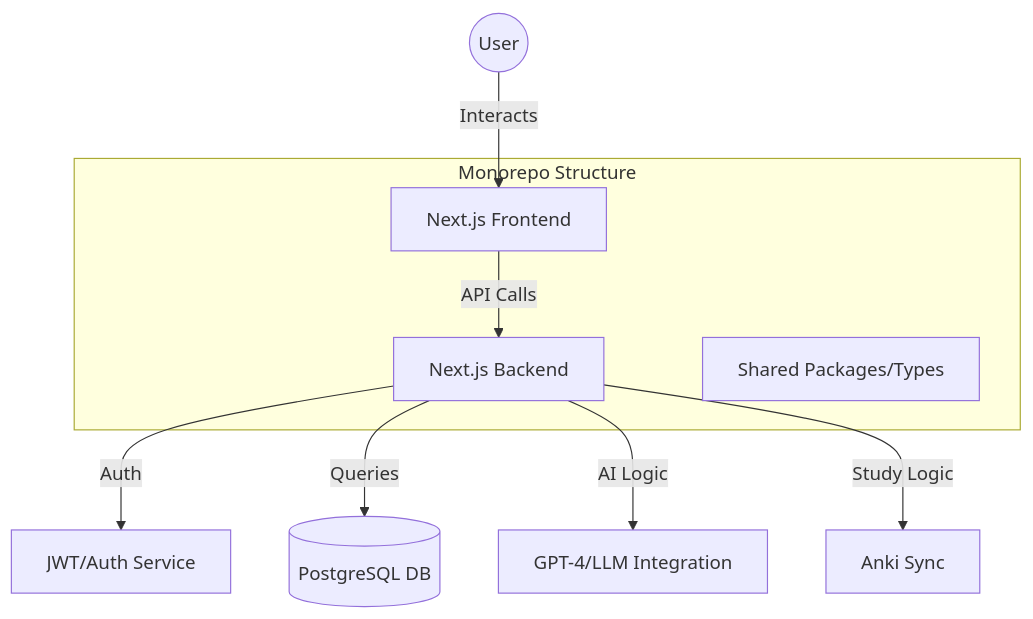
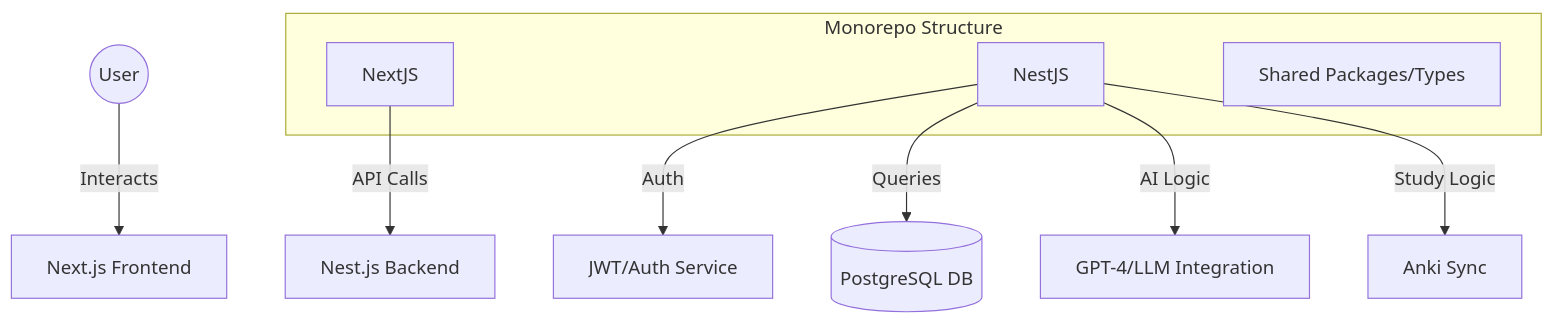
Before and after one commit to profalexandretolentino/LangForge: the diagram in README.md, drawn with Mermaid.

````diff
--- a/README.md
+++ b/README.md
@@ -27,15 +27,15 @@
 ```mermaid
 graph TD
-    User((User)) -->|Interacts| NextJS[Next.js Frontend]
-    NextJS -->|API Calls| NestJS[Next.js Backend]
+    User((User)) -->|Interacts| NextJS-React[Next.js Frontend]
+    NextJS -->|API Calls| NestJS-NodeJS[Nest.js Backend]
     NestJS -->|Auth| JWT[JWT/Auth Service]
     NestJS -->|Queries| Postgres[(PostgreSQL DB)]
     NestJS -->|AI Logic| OpenAI[GPT-4/LLM Integration]
     NestJS -->|Study Logic| Services[Anki Sync]
     
     subgraph "Monorepo Structure"
     NextJS
     NestJS
     Shared[Shared Packages/Types]
     end
 ```
````
